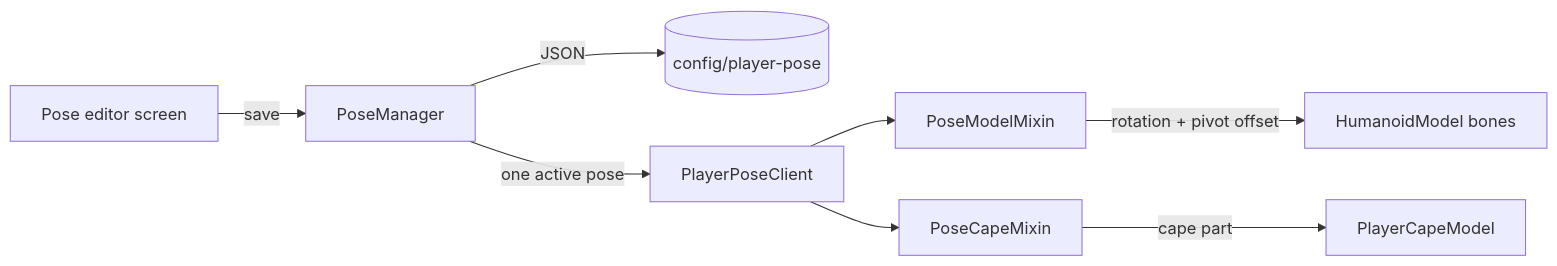
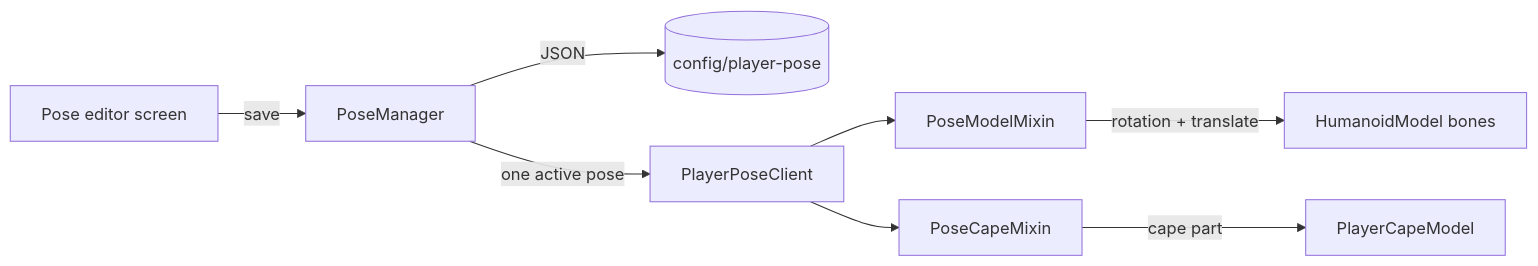
Before and after one commit to BEGINWITHF/Cheese: the diagram in README.md, drawn with Mermaid. The commit also changed other lines of this file and 18 other files, not shown here.

````diff
--- a/README.md
+++ b/README.md
@@ -113,10 +134,10 @@
 ```mermaid
 flowchart LR
     E[Pose editor screen] -->|save| M[PoseManager]
     M -->|JSON| F[(config/player-pose)]
     M -->|one active pose| R[PlayerPoseClient]
     R --> A[PoseModelMixin]
     R --> B[PoseCapeMixin]
-    A -->|rotation + pivot offset| H[HumanoidModel bones]
+    A -->|rotation + translate| H[HumanoidModel bones]
     B -->|cape part| C[PlayerCapeModel]
 ```
````
